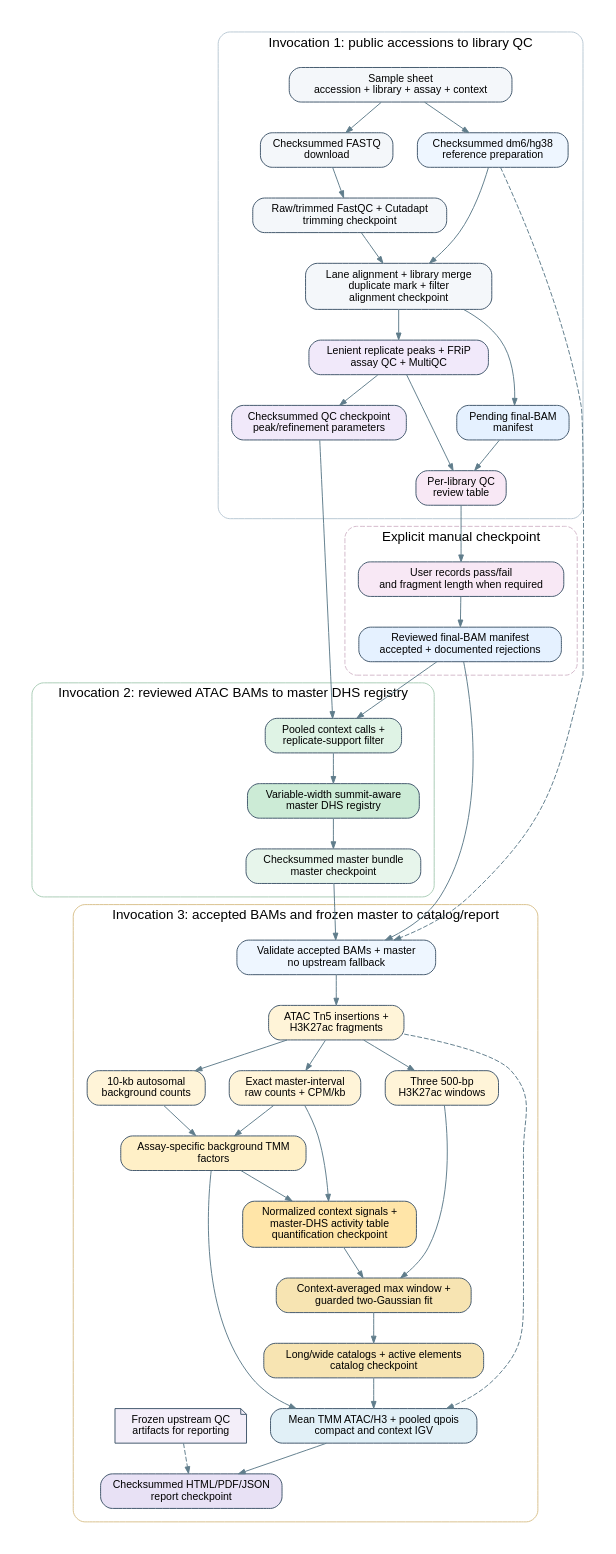
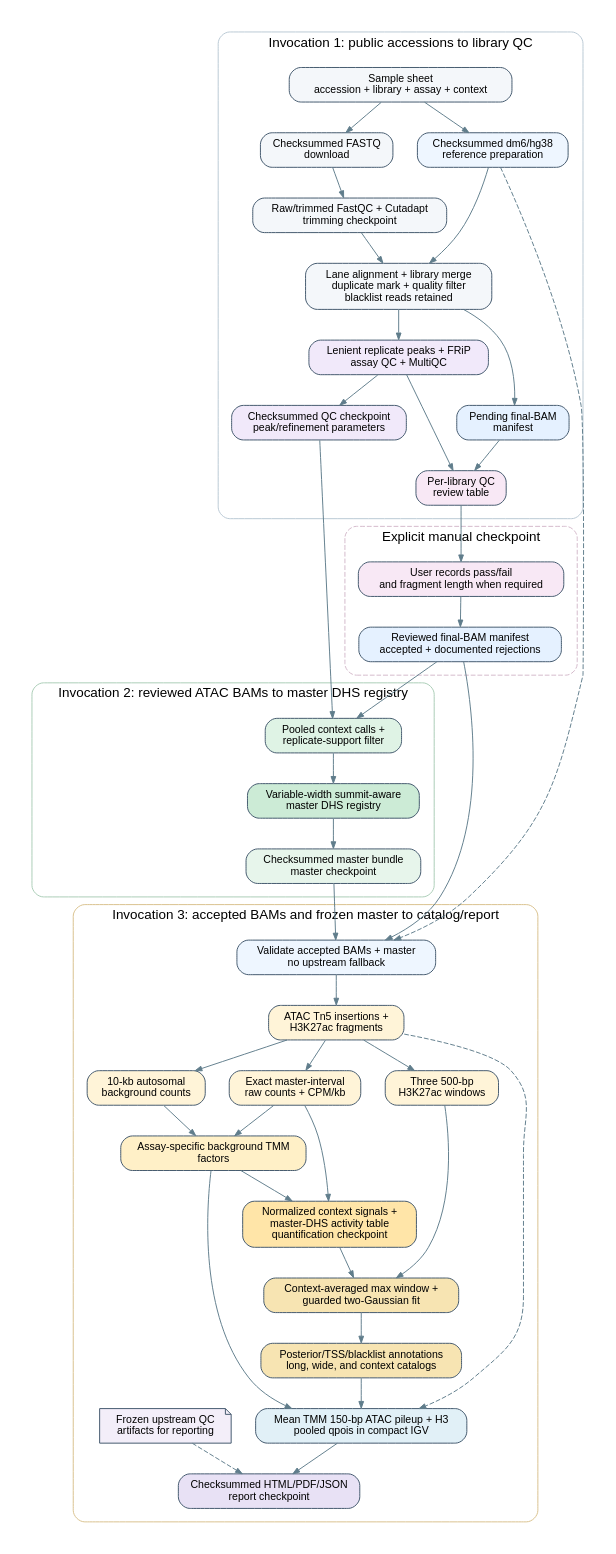
The diagram in docs/workflow-dag.dot (laiker96/drosophila-cCREs), drawn with Graphviz before and after one commit. The commit also changed 37 other files, not shown here.

```diff
--- a/docs/workflow-dag.dot
+++ b/docs/workflow-dag.dot
@@ -1,104 +1,104 @@
 digraph workflow {
   graph [rankdir=TB, bgcolor="#ffffff", pad=0.25, nodesep=0.35,
          ranksep=0.45, newrank=true, compound=true, fontname="Helvetica"];
   node [shape=box, style="rounded,filled", fontname="Helvetica", fontsize=11,
         color="#40566b", fillcolor="#f4f7fa", margin="0.13,0.08"];
   edge [color="#607d8b", arrowsize=0.7];
 
   subgraph cluster_qc {
     label="Invocation 1: public accessions to library QC";
     color="#b8c8d4";
     style="rounded";
     margin=14;
 
     inputs [label="Sample sheet\naccession + library + assay + context"];
     download [label="Checksummed FASTQ\ndownload"];
     reference [label="Checksummed dm6/hg38\nreference preparation", fillcolor="#eef6ff"];
     trim [label="Raw/trimmed FastQC + Cutadapt\ntrimming checkpoint"];
-    align [label="Lane alignment + library merge\nduplicate mark + filter\nalignment checkpoint"];
+    align [label="Lane alignment + library merge\nduplicate mark + quality filter\nblacklist reads retained"];
     bammanifest [label="Pending final-BAM\nmanifest", fillcolor="#e5f1ff"];
     qc [label="Lenient replicate peaks + FRiP\nassay QC + MultiQC", fillcolor="#f1e9fa"];
     qccheckpoint [label="Checksummed QC checkpoint\npeak/refinement parameters", fillcolor="#f1e9fa"];
     reviewtable [label="Per-library QC\nreview table", fillcolor="#f8e8f5"];
 
     inputs -> download -> trim -> align;
     inputs -> reference;
     reference -> align;
     align -> bammanifest;
     align -> qc;
     qc -> qccheckpoint;
     bammanifest -> reviewtable;
     qc -> reviewtable;
     {rank=same; download; reference;}
     {rank=same; bammanifest; qccheckpoint;}
   }
 
   subgraph cluster_review {
     label="Explicit manual checkpoint";
     color="#d4b8ca";
     style="rounded,dashed";
     margin=14;
 
     review [label="User records pass/fail\nand fragment length when required", fillcolor="#f8e8f5"];
     reviewedbam [label="Reviewed final-BAM manifest\naccepted + documented rejections", fillcolor="#e5f1ff"];
 
     review -> reviewedbam;
   }
 
   subgraph cluster_master {
     label="Invocation 2: reviewed ATAC BAMs to master DHS registry";
     color="#a9ccb5";
     style="rounded";
     margin=14;
 
     context [label="Pooled context calls +\nreplicate-support filter", fillcolor="#dff3e5"];
     master [label="Variable-width summit-aware\nmaster DHS registry", fillcolor="#ccebd6"];
     mastermanifest [label="Checksummed master bundle\nmaster checkpoint", fillcolor="#e7f5eb"];
 
     context -> master -> mastermanifest;
   }
 
   subgraph cluster_activity {
     label="Invocation 3: accepted BAMs and frozen master to catalog/report";
     color="#d9c18c";
     style="rounded";
     margin=14;
 
     validate [label="Validate accepted BAMs + master\nno upstream fallback", fillcolor="#eef6ff"];
     units [label="ATAC Tn5 insertions +\nH3K27ac fragments", fillcolor="#fff4d8"];
     exact [label="Exact master-interval\nraw counts + CPM/kb", fillcolor="#fff4d8"];
     background [label="10-kb autosomal\nbackground counts", fillcolor="#fff4d8"];
     windows [label="Three 500-bp\nH3K27ac windows", fillcolor="#fff4d8"];
     tmm [label="Assay-specific background TMM\nfactors", fillcolor="#fff0c7"];
     quantify [label="Normalized context signals +\nmaster-DHS activity table\nquantification checkpoint", fillcolor="#ffe5a8"];
     mixture [label="Context-averaged max window +\nguarded two-Gaussian fit", fillcolor="#f7e4b2"];
-    catalog [label="Long/wide catalogs + active elements\ncatalog checkpoint", fillcolor="#f7e4b2"];
-    browser [label="Mean TMM ATAC/H3 + pooled qpois\ncompact and context IGV", fillcolor="#e1f0f7"];
+    catalog [label="Posterior/TSS/blacklist annotations\nlong, wide, and context catalogs", fillcolor="#f7e4b2"];
+    browser [label="Mean TMM 150-bp ATAC pileup + H3\npooled qpois in compact IGV", fillcolor="#e1f0f7"];
     sources [label="Frozen upstream QC\nartifacts for reporting", shape=note, fillcolor="#f3eef9"];
     report [label="Checksummed HTML/PDF/JSON\nreport checkpoint", fillcolor="#e8e1f5"];
 
     validate -> units;
     units -> exact;
     units -> background;
     units -> windows;
     exact -> tmm;
     background -> tmm;
     exact -> quantify;
     tmm -> quantify;
     windows -> mixture;
     quantify -> mixture -> catalog;
     units -> browser [style=dashed];
     tmm -> browser;
     catalog -> browser -> report;
     sources -> report [style=dashed];
     {rank=same; exact; background; windows;}
     {rank=same; browser; sources;}
   }
 
   reviewtable -> review;
   reviewedbam -> context;
   qccheckpoint -> context;
   reviewedbam -> validate;
   mastermanifest -> validate;
   reference -> validate [style=dashed, constraint=false];
 }
```
